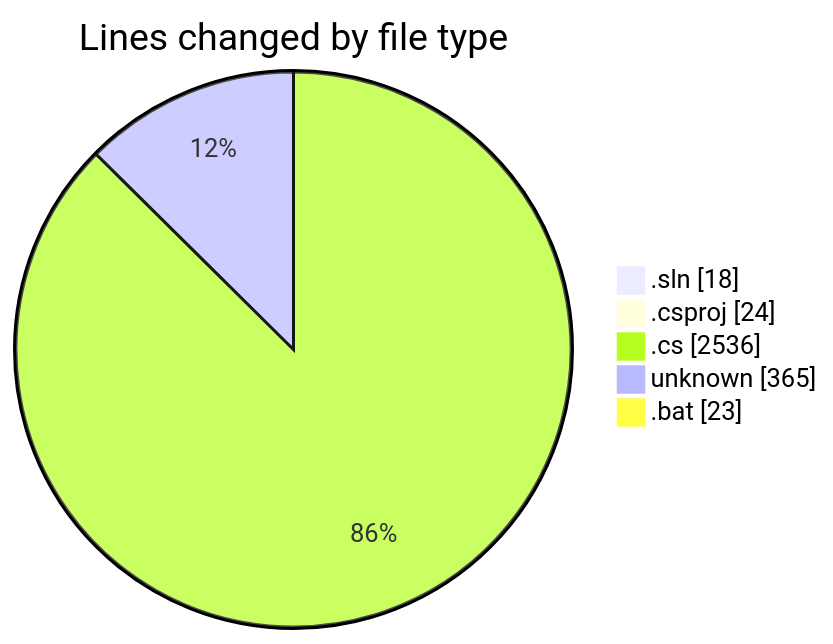
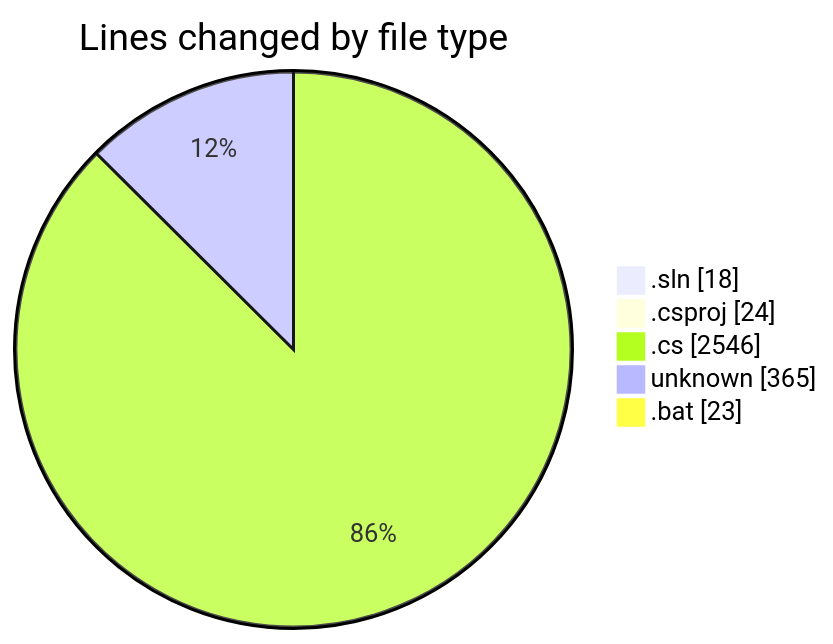
One commit to lephambinh05/code-tracking changed the first of 2 diagrams in 2025-07-19/reggarena/README.md. Above: the diagram before and after it, drawn with Mermaid. The commit also changed other lines of this file and 1 other file, not shown here.

````diff
--- a/2025-07-19/reggarena/README.md
+++ b/2025-07-19/reggarena/README.md
@@ -34,9 +34,9 @@
 ```mermaid
 pie showData
 title Lines changed by file type
 ".sln" : 18
 ".csproj" : 24
-".cs" : 2536
+".cs" : 2546
 "unknown" : 365
 ".bat" : 23
 ```
````
